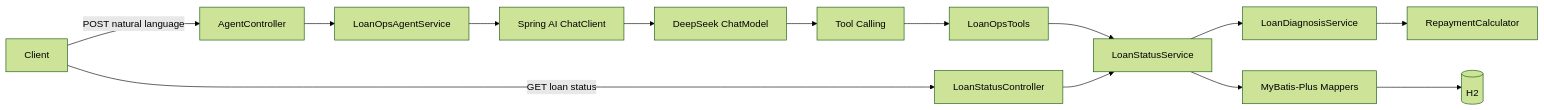
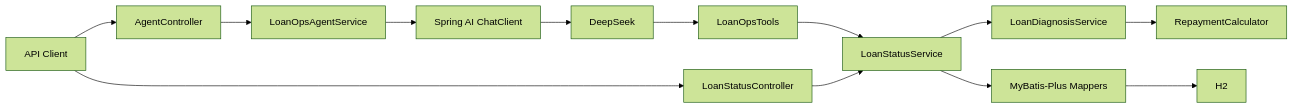
The diagram in docs/ARCHITECTURE.md (liandongjie/loanops-agent), drawn with Mermaid (forest theme) before and after one commit. The commit also changed 1 other file, not shown here.

Commit message:
docs: polish readme and fix mermaid rendering

````diff
--- a/docs/ARCHITECTURE.md
+++ b/docs/ARCHITECTURE.md
@@ -15,19 +15,15 @@
 ```mermaid
-flowchart LR
-    C[Client] -->|GET loan status| REST[LoanStatusController]
-    C -->|POST natural language| AGENT[AgentController]
-
-    AGENT --> AIS[LoanOpsAgentService]
-    AIS --> CHAT[Spring AI ChatClient]
-    CHAT --> MODEL[DeepSeek ChatModel]
-    MODEL --> CALL[Tool Calling]
-
-    CALL --> TOOLS[LoanOpsTools]
-    TOOLS --> STATUS[LoanStatusService]
-    REST --> STATUS
-
-    STATUS --> DIAG[LoanDiagnosisService]
-    DIAG --> CALC[RepaymentCalculator]
-    STATUS --> MAPPER[MyBatis-Plus Mappers]
-    MAPPER --> DB[(H2)]
+graph LR
+    Client["API Client"] --> Rest["LoanStatusController"]
+    Client --> Agent["AgentController"]
+    Agent --> AgentService["LoanOpsAgentService"]
+    AgentService --> ChatClient["Spring AI ChatClient"]
+    ChatClient --> Model["DeepSeek"]
+    Model --> Tools["LoanOpsTools"]
+    Tools --> StatusService["LoanStatusService"]
+    Rest --> StatusService
+    StatusService --> Diagnosis["LoanDiagnosisService"]
+    Diagnosis --> Calculator["RepaymentCalculator"]
+    StatusService --> Mapper["MyBatis-Plus Mappers"]
+    Mapper --> Database["H2"]
 ```
````
